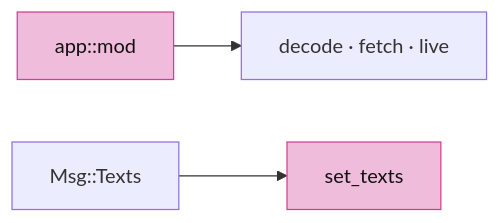
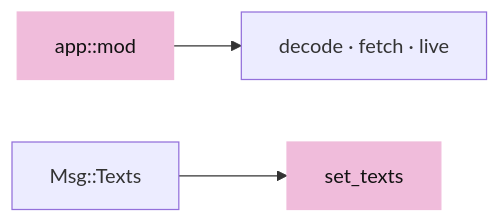
One commit to petrasvestartas/session changed the seventh of 8 diagrams in session_viewer/docs/14-loading.md. Above: the diagram before and after it, drawn with Mermaid. The commit also changed other lines of this file and 324 other files, not shown here.

````diff
--- a/session_viewer/docs/14-loading.md
+++ b/session_viewer/docs/14-loading.md
@@ -187,7 +231,7 @@
 ```mermaid
 flowchart LR
     M["app::mod"] --> D["decode · fetch · live"]
     T["Msg::Texts"] --> S["set_texts"]
-    style M fill:#f0bcdb,stroke:#ce4095,color:#111
-    style S fill:#f0bcdb,stroke:#ce4095,color:#111
+    style M fill:#f0bcdb,stroke:#f0bcdb,color:#111
+    style S fill:#f0bcdb,stroke:#f0bcdb,color:#111
 ```
````
